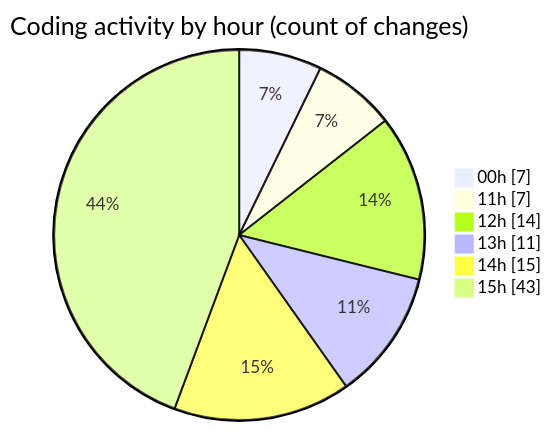
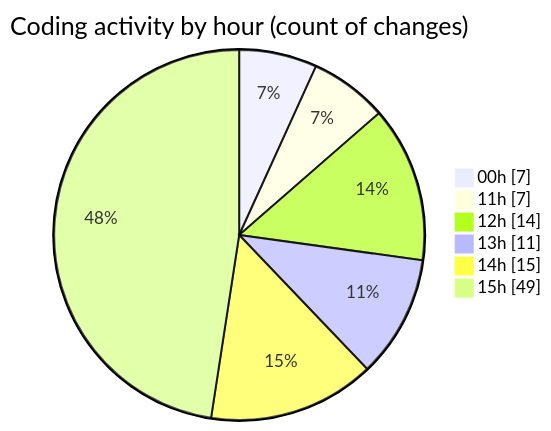
The second of 2 diagrams in 2025-10-08/eventscop-frontend-guide__workspace_/README.md (julien-gomy/code-tracking), drawn with Mermaid before and after one commit. The commit also changed other lines of this file and 1 other file, not shown here.

````diff
--- a/2025-10-08/eventscop-frontend-guide__workspace_/README.md
+++ b/2025-10-08/eventscop-frontend-guide__workspace_/README.md
@@ -47,10 +48,10 @@
 ```mermaid
 pie showData
 title Coding activity by hour (count of changes)
 "00h" : 7
 "11h" : 7
 "12h" : 14
 "13h" : 11
 "14h" : 15
-"15h" : 43
+"15h" : 49
 ```
````
